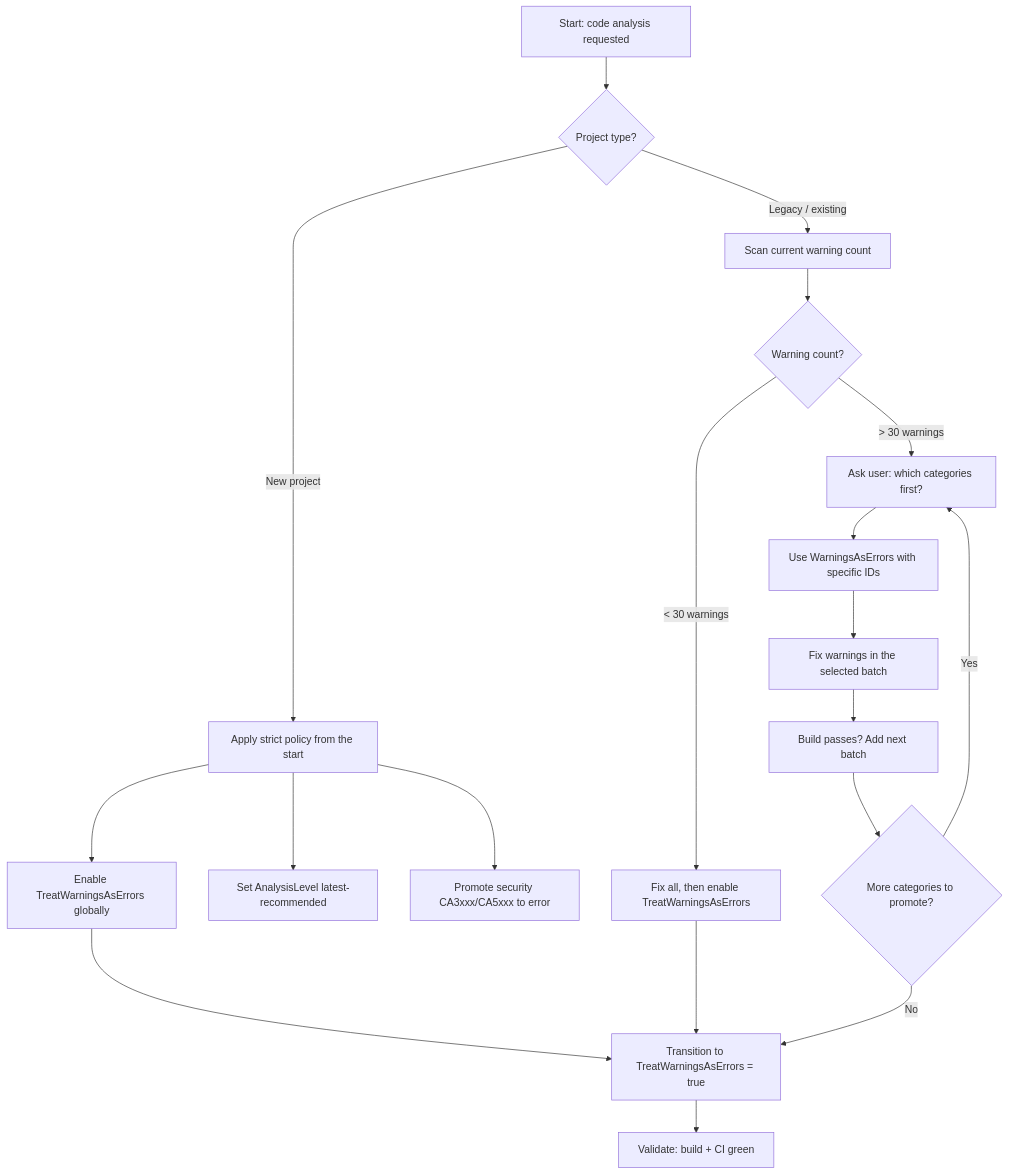
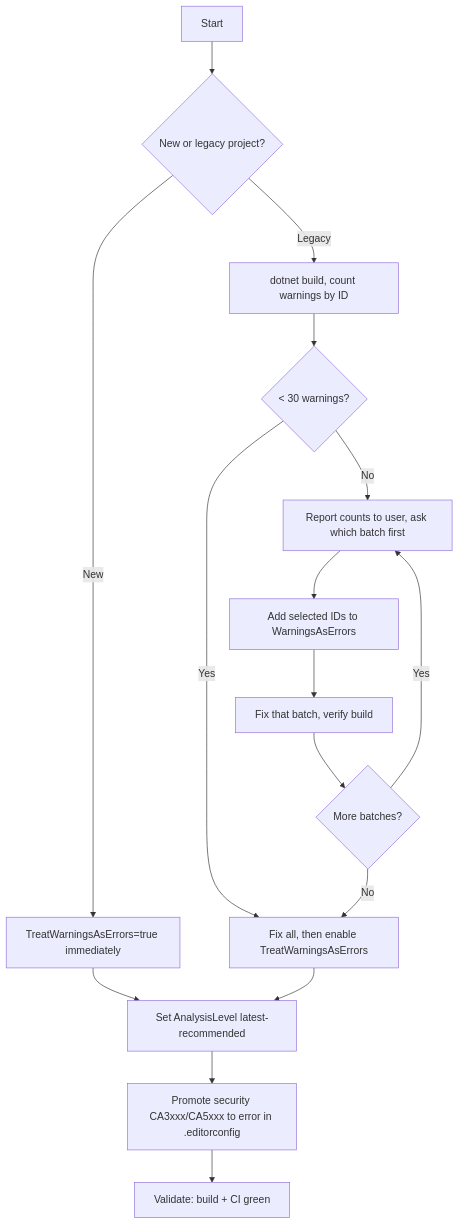
One commit to Postpartum-genushyacinthus29/dotnet-skills changed the diagram in skills/dotnet-code-analysis/SKILL.md. Above: the diagram before and after it, drawn with Mermaid. The commit also changed other lines of this file and 1 other file, not shown here.

Commit message:
Removed fancy text for humans to read , remade it so it will be more agent friendly and take less token context

````diff
--- a/skills/dotnet-code-analysis/SKILL.md
+++ b/skills/dotnet-code-analysis/SKILL.md
@@ -55,21 +41,18 @@
 ```mermaid
 flowchart TD
-    A[Start: code analysis requested] --> B{Project type?}
-    B -->|New project| C[Apply strict policy from the start]
-    B -->|Legacy / existing| D[Scan current warning count]
-    C --> E[Enable TreatWarningsAsErrors globally]
-    C --> F[Set AnalysisLevel latest-recommended]
-    C --> G["Promote security CA3xxx/CA5xxx to error"]
-    D --> H{Warning count?}
-    H -->|"< 30 warnings"| I[Fix all, then enable TreatWarningsAsErrors]
-    H -->|"> 30 warnings"| J[Ask user: which categories first?]
-    J --> K[Use WarningsAsErrors with specific IDs]
-    K --> L[Fix warnings in the selected batch]
-    L --> M[Build passes? Add next batch]
-    M --> N{More categories to promote?}
-    N -->|Yes| J
-    N -->|No| O[Transition to TreatWarningsAsErrors = true]
-    I --> O
-    E --> O
-    O --> P[Validate: build + CI green]
+    A[Start] --> B{New or legacy project?}
+    B -->|New| C[TreatWarningsAsErrors=true immediately]
+    B -->|Legacy| D[dotnet build, count warnings by ID]
+    D --> E{"< 30 warnings?"}
+    E -->|Yes| F[Fix all, then enable TreatWarningsAsErrors]
+    E -->|No| G[Report counts to user, ask which batch first]
+    G --> H[Add selected IDs to WarningsAsErrors]
+    H --> I[Fix that batch, verify build]
+    I --> J{More batches?}
+    J -->|Yes| G
+    J -->|No| F
+    C --> K[Set AnalysisLevel latest-recommended]
+    F --> K
+    K --> L[Promote security CA3xxx/CA5xxx to error in .editorconfig]
+    L --> M[Validate: build + CI green]
 ```
````
